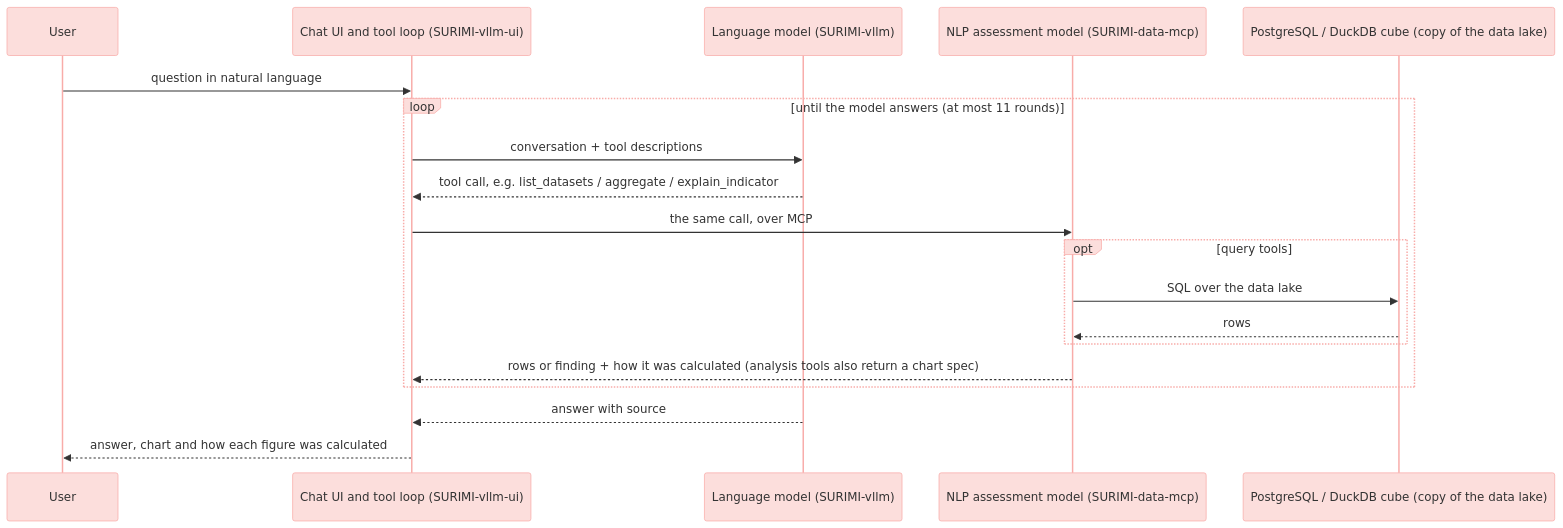
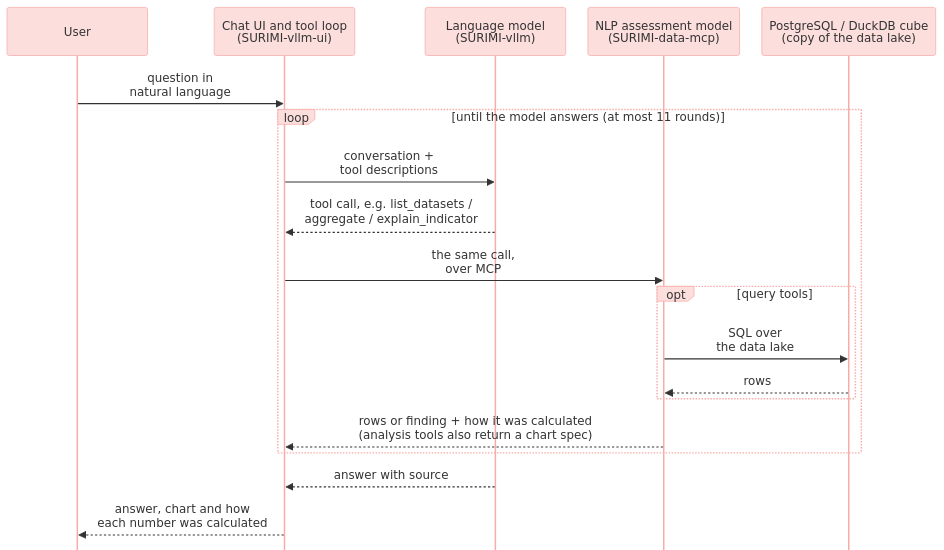
One commit to SURIMI-Project/SURIMI-project changed the diagram in deliverables/D3.7 - NLP assessment model/D3.7 - NLP assessment model.md. Above: the diagram before and after it, drawn with Mermaid. The commit also changed other lines of this file and 4 other files, not shown here.

````diff
--- a/deliverables/D3.7 - NLP assessment model/D3.7 - NLP assessment model.md
+++ b/deliverables/D3.7 - NLP assessment model/D3.7 - NLP assessment model.md
@@ -66,23 +66,23 @@
 ```mermaid
-%%{init: {'theme': 'base', 'themeVariables': {'primaryColor': '#FCDEDC', 'primaryBorderColor': '#F8ACA9', 'edgeLabelBackground': '#FFFFFF'}}}%%
+%%{init: {'theme': 'base', 'themeVariables': {'primaryColor': '#FCDEDC', 'primaryBorderColor': '#F8ACA9', 'edgeLabelBackground': '#FFFFFF', 'fontSize': '20px'}, 'sequence': {'mirrorActors': false, 'actorFontSize': 20, 'messageFontSize': 20, 'noteFontSize': 20, 'actorMargin': 30, 'width': 190, 'messageMargin': 38, 'boxMargin': 8}}}%%
 sequenceDiagram
     participant User as User
-    participant UI as Chat UI and tool loop (SURIMI-vllm-ui)
-    participant LLM as Language model (SURIMI-vllm)
-    participant DATA as NLP assessment model (SURIMI-data-mcp)
-    participant STORE as PostgreSQL / DuckDB cube (copy of the data lake)
+    participant UI as Chat UI and tool loop<br/>(SURIMI-vllm-ui)
+    participant LLM as Language model<br/>(SURIMI-vllm)
+    participant DATA as NLP assessment model<br/>(SURIMI-data-mcp)
+    participant STORE as PostgreSQL / DuckDB cube<br/>(copy of the data lake)
 
-    User ->> UI: question in natural language
+    User ->> UI: question in<br/>natural language
     loop until the model answers (at most 11 rounds)
-        UI ->> LLM: conversation + tool descriptions
-        LLM -->> UI: tool call, e.g. list_datasets / aggregate / explain_indicator
-        UI ->> DATA: the same call, over MCP
+        UI ->> LLM: conversation +<br/>tool descriptions
+        LLM -->> UI: tool call, e.g. list_datasets /<br/>aggregate / explain_indicator
+        UI ->> DATA: the same call,<br/>over MCP
         opt query tools
-            DATA ->> STORE: SQL over the data lake
+            DATA ->> STORE: SQL over<br/>the data lake
             STORE -->> DATA: rows
         end
-        DATA -->> UI: rows or finding + how it was calculated (analysis tools also return a chart spec)
+        DATA -->> UI: rows or finding + how it was calculated<br/>(analysis tools also return a chart spec)
     end
     LLM -->> UI: answer with source
-    UI -->> User: answer, chart and how each figure was calculated
+    UI -->> User: answer, chart and how<br/>each number was calculated
 ```
````
